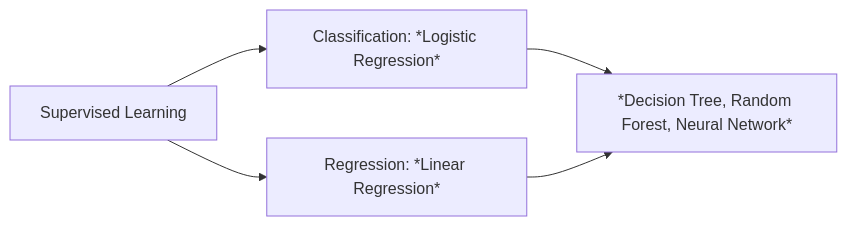
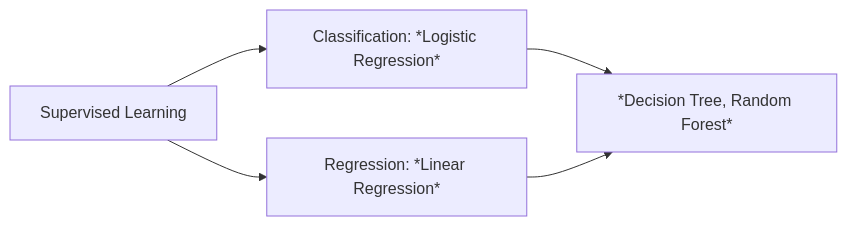
The third of 4 diagrams in docs/data-science/algorithms/index.md (mciwing/mciwing.github.io), drawn with Mermaid before and after one commit. The commit also changed other lines of this file, not shown here.

Commit message:
docs: remove mentions of neural network (Data Science)

````diff
--- a/docs/data-science/algorithms/index.md
+++ b/docs/data-science/algorithms/index.md
@@ -302,7 +302,7 @@
 ``` mermaid
 graph LR
  A[Supervised Learning] --> B[Regression: *Linear Regression*];
  A --> C[Classification: *Logistic Regression*];
- C --> D[*Decision Tree, Random Forest, Neural Network*];
+ C --> D[*Decision Tree, Random Forest*];
  B --> D;
 ```
````
